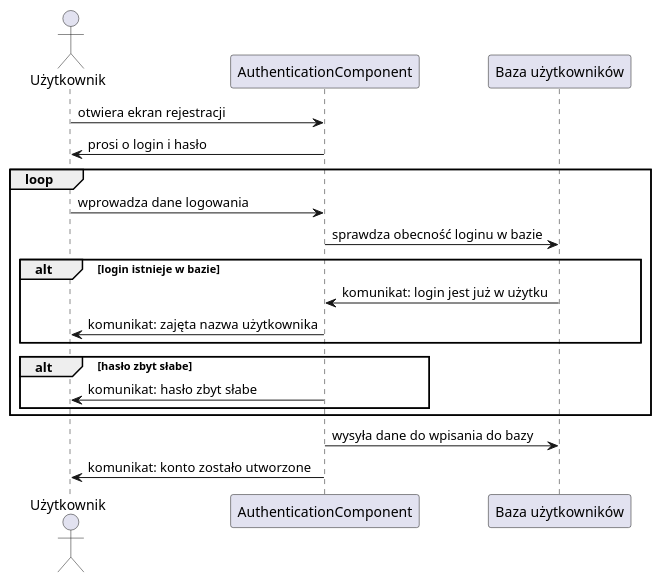
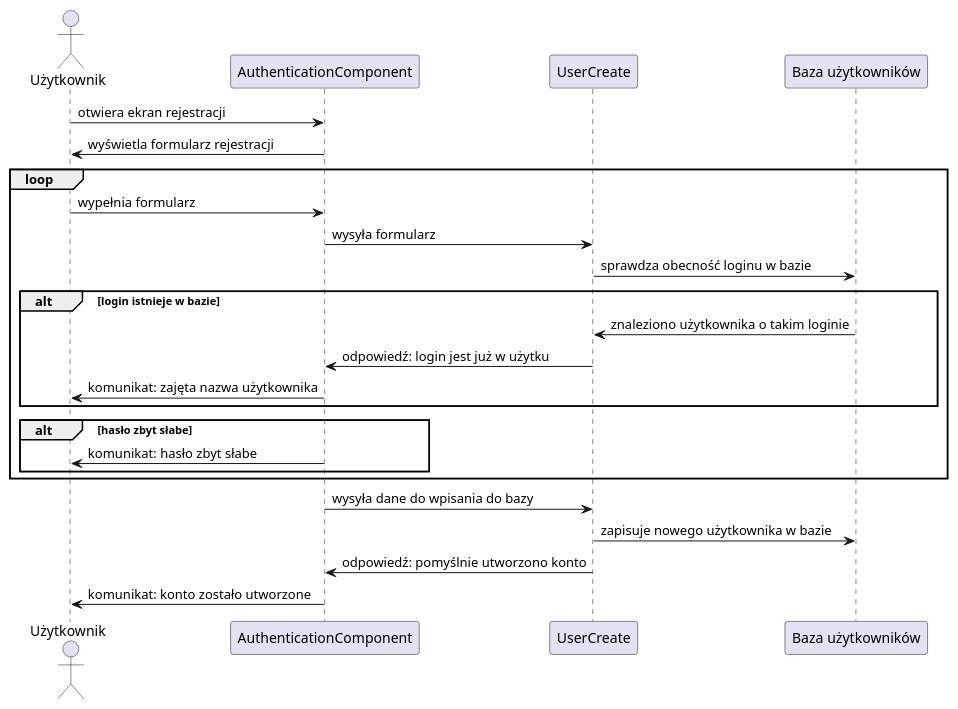
The diagram in docs/register_sequence.md (amelinium23/food-ordering-and-delivering-service), drawn with PlantUML before and after one commit. The commit also changed 6 other files, not shown here.

Commit message:
Update diagrams

````diff
--- a/docs/register_sequence.md
+++ b/docs/register_sequence.md
@@ -1,23 +1,28 @@
 ```plantuml
 @startuml authister
 actor Użytkownik as user
 participant "AuthenticationComponent" as auth
+participant "UserCreate" as register
 participant "Baza użytkowników" as db
 
 user -> auth : otwiera ekran rejestracji
-user <- auth : prosi o login i hasło
+user <- auth : wyświetla formularz rejestracji
 loop
-    user -> auth : wprowadza dane logowania
-    auth -> db : sprawdza obecność loginu w bazie
+    user -> auth : wypełnia formularz
+    auth -> register : wysyła formularz
+    register -> db : sprawdza obecność loginu w bazie
     alt login istnieje w bazie
-        auth <- db : komunikat: login jest już w użytku
+        register <- db : znaleziono użytkownika o takim loginie
+        auth <- register : odpowiedź: login jest już w użytku
         user <- auth : komunikat: zajęta nazwa użytkownika
     end
     alt hasło zbyt słabe
         user <- auth : komunikat: hasło zbyt słabe
     end
 end
-auth -> db : wysyła dane do wpisania do bazy
+auth -> register : wysyła dane do wpisania do bazy
+register -> db : zapisuje nowego użytkownika w bazie
+auth <- register : odpowiedź: pomyślnie utworzono konto
 user <- auth: komunikat: konto zostało utworzone
 @enduml
 ```
````
